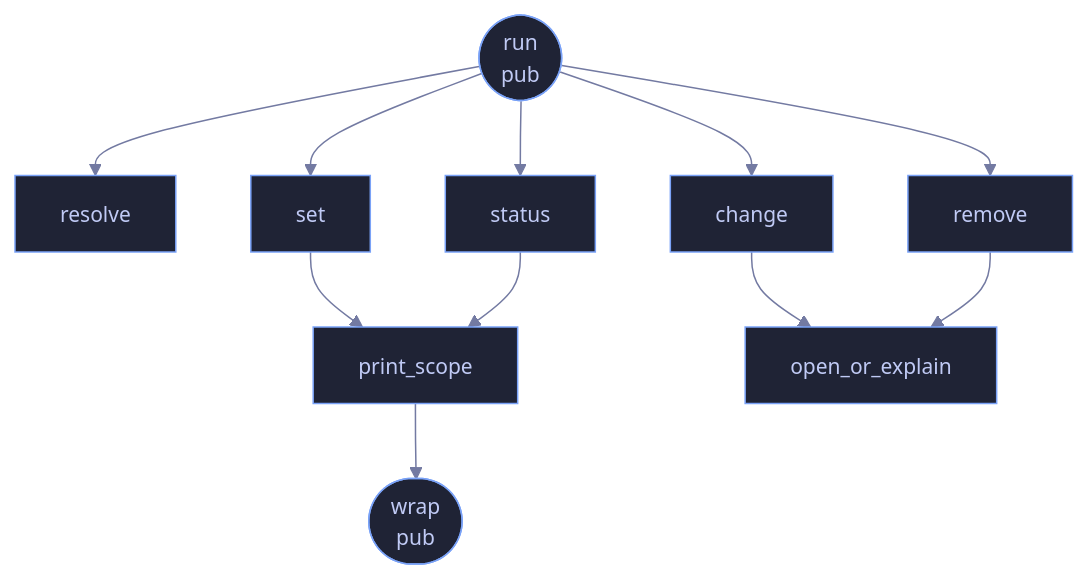
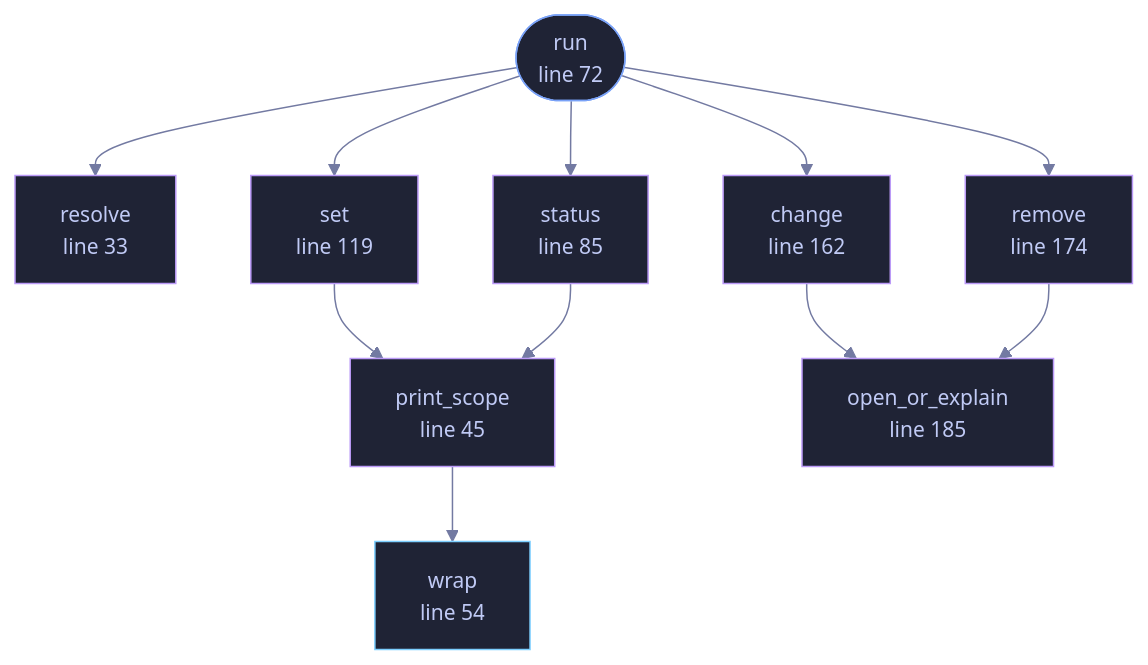
One commit to tilas01/veilvoice changed the diagram in wiki/File-veilvoice-cli-lock.md. Above: the diagram before and after it, drawn with Mermaid. The commit also changed other lines of this file and 182 other files, not shown here.

````diff
--- a/wiki/File-veilvoice-cli-lock.md
+++ b/wiki/File-veilvoice-cli-lock.md
@@ -27,23 +42,29 @@
 ```mermaid
 %%{init: {"theme":"base","themeVariables":{"background":"#1a1b26","primaryColor":"#1f2335","primaryTextColor":"#c0caf5","primaryBorderColor":"#7aa2f7","secondaryColor":"#16161e","tertiaryColor":"#16161e","lineColor":"#737aa2","textColor":"#c0caf5","mainBkg":"#1f2335","nodeBorder":"#7aa2f7","clusterBkg":"#16161e","clusterBorder":"#2f3549","fontFamily":"ui-monospace, SFMono-Regular, Consolas, monospace","fontSize":"14px"}}}%%
 flowchart TD
-    n_resolve["resolve"]
-    n_print_scope["print_scope"]
-    n_wrap(["wrap<br/>pub"])
-    n_run(["run<br/>pub"])
-    n_status["status"]
-    n_set["set"]
-    n_change["change"]
-    n_remove["remove"]
-    n_open_or_explain["open_or_explain"]
+    n_resolve["resolve<br/>line 33"]
+    n_print_scope["print_scope<br/>line 45"]
+    n_wrap["wrap<br/>line 54"]
+    n_run(["run<br/>line 72"])
+    n_status["status<br/>line 85"]
+    n_set["set<br/>line 119"]
+    n_change["change<br/>line 162"]
+    n_remove["remove<br/>line 174"]
+    n_open_or_explain["open_or_explain<br/>line 185"]
     n_change --> n_open_or_explain
     n_print_scope --> n_wrap
     n_remove --> n_open_or_explain
     n_run --> n_change
     n_run --> n_remove
     n_run --> n_resolve
     n_run --> n_set
     n_run --> n_status
     n_set --> n_print_scope
     n_status --> n_print_scope
+    classDef entry fill:#1f2335,stroke:#7aa2f7,color:#c0caf5
+    class n_run entry
+    classDef api fill:#1f2335,stroke:#7dcfff,color:#c0caf5
+    class n_wrap api
+    classDef helper fill:#1f2335,stroke:#bb9af7,color:#c0caf5
+    class n_resolve,n_print_scope,n_status,n_set,n_change,n_remove,n_open_or_explain helper
 ```
````
